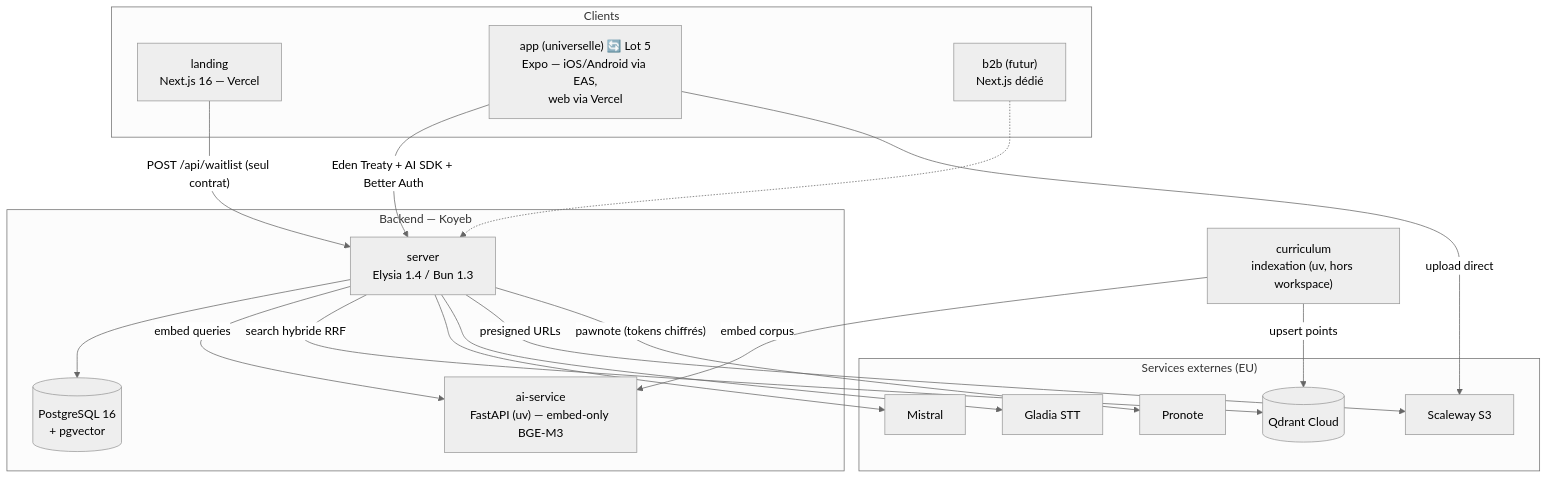
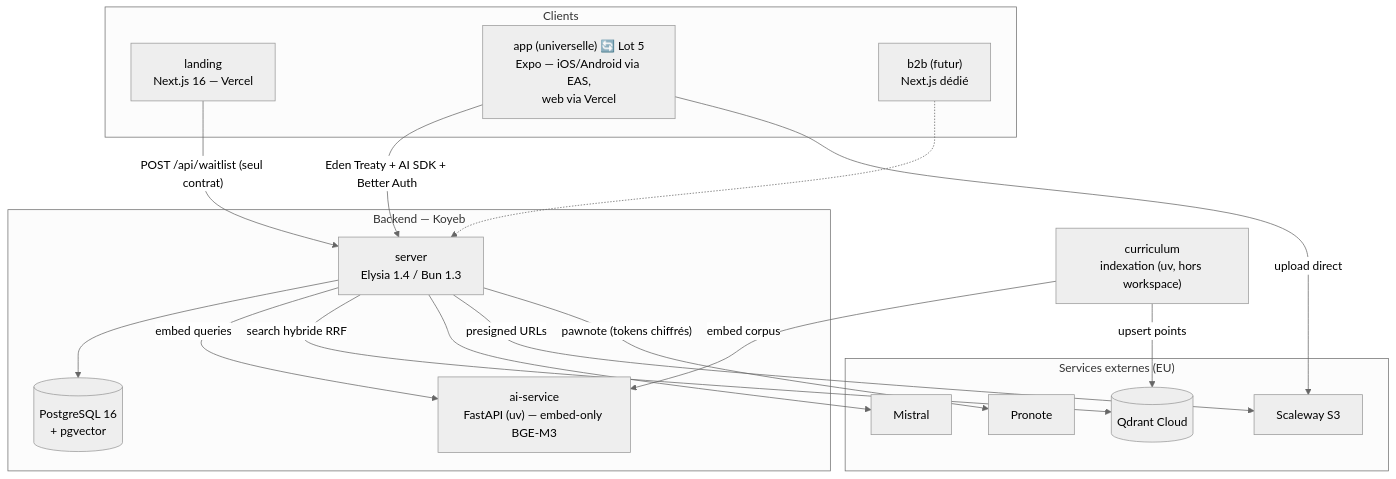
One commit to VictorNain26/tomai-monorepo changed the first of 5 diagrams in docs/architecture/system-design.md. Above: the diagram before and after it, drawn with Mermaid (neutral theme). The commit also changed other lines of this file and 6 other files, not shown here.

````diff
--- a/docs/architecture/system-design.md
+++ b/docs/architecture/system-design.md
@@ -48,35 +47,33 @@
 ```mermaid
 graph TB
     subgraph Clients
         LANDING["landing<br/>Next.js 16 — Vercel"]
         APP["app (universelle) 🔄 Lot 5<br/>Expo — iOS/Android via EAS,<br/>web via Vercel"]
         B2B["b2b (futur)<br/>Next.js dédié"]
     end
     subgraph Backend["Backend — Koyeb"]
         SERVER["server<br/>Elysia 1.4 / Bun 1.3"]
         AISVC["ai-service<br/>FastAPI (uv) — embed-only BGE-M3"]
         PG[("PostgreSQL 16<br/>+ pgvector")]
     end
     subgraph Externes["Services externes (EU)"]
         QDRANT[("Qdrant Cloud")]
         MISTRAL["Mistral"]
-        GLADIA["Gladia STT"]
         S3["Scaleway S3"]
         PRONOTE["Pronote"]
     end
     CURRICULUM["curriculum<br/>indexation (uv, hors workspace)"]
 
     LANDING -- "POST /api/waitlist (seul contrat)" --> SERVER
     APP -- "Eden Treaty + AI SDK + Better Auth" --> SERVER
     B2B -.-> SERVER
     SERVER --> PG
     SERVER -- "embed queries" --> AISVC
     SERVER -- "search hybride RRF" --> QDRANT
     SERVER --> MISTRAL
-    SERVER --> GLADIA
     SERVER -- "presigned URLs" --> S3
     APP -- "upload direct" --> S3
     SERVER -- "pawnote (tokens chiffrés)" --> PRONOTE
     CURRICULUM -- "embed corpus" --> AISVC
     CURRICULUM -- "upsert points" --> QDRANT
 ```
````
